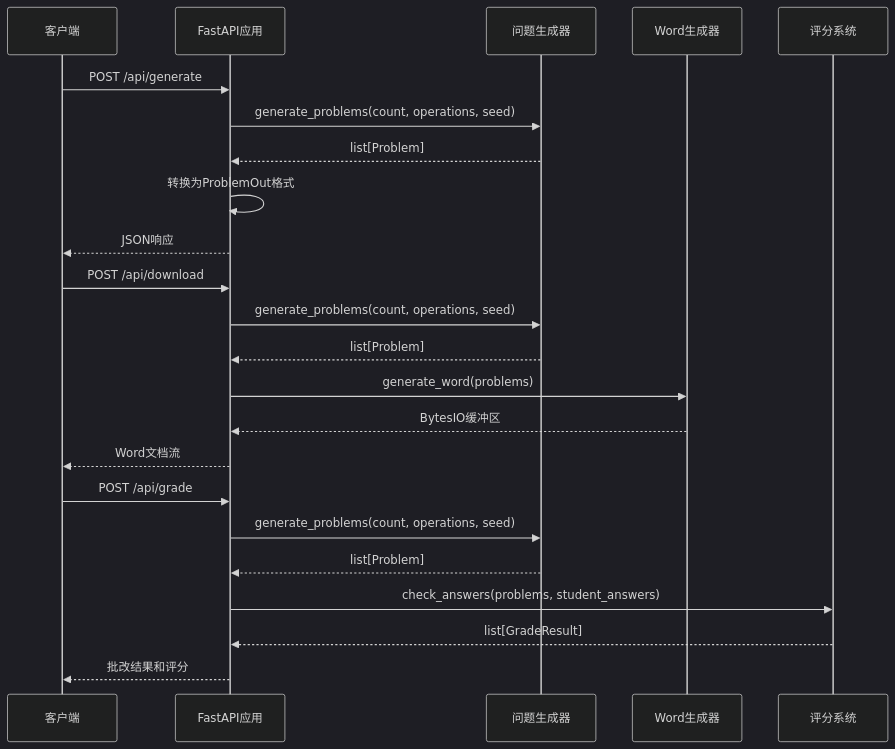
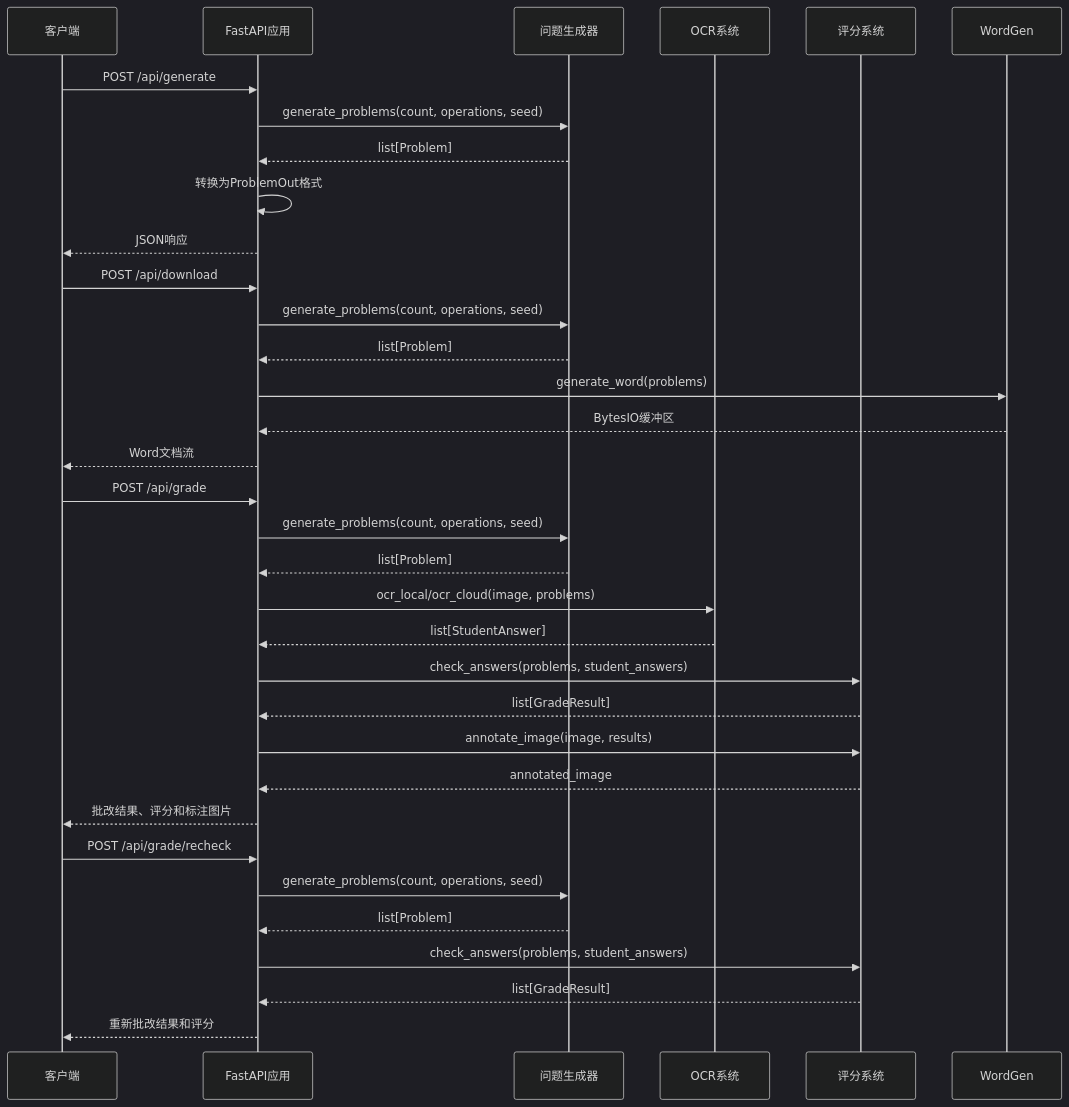
The seventh of 10 diagrams in .qoder/repowiki/zh/content/项目结构/核心生成器.md (SimonWHL/math-learning), drawn with Mermaid (dark theme) before and after one commit. The commit also changed other lines of this file and 4 other files, not shown here.

Commit message:
fix: resolve 405 Method Not Allowed on POST /api/grade - replace StaticFiles mount with GET-only SPA fallback

````diff
--- a/.qoder/repowiki/zh/content/项目结构/核心生成器.md
+++ b/.qoder/repowiki/zh/content/项目结构/核心生成器.md
@@ -256,25 +326,35 @@
 ```mermaid
 sequenceDiagram
 participant Client as 客户端
 participant API as FastAPI应用
 participant Generator as 问题生成器
-participant WordGen as Word生成器
+participant OCR as OCR系统
 participant Checker as 评分系统
 Client->>API : POST /api/generate
 API->>Generator : generate_problems(count, operations, seed)
 Generator-->>API : list[Problem]
 API->>API : 转换为ProblemOut格式
 API-->>Client : JSON响应
 Client->>API : POST /api/download
 API->>Generator : generate_problems(count, operations, seed)
 Generator-->>API : list[Problem]
 API->>WordGen : generate_word(problems)
 WordGen-->>API : BytesIO缓冲区
 API-->>Client : Word文档流
 Client->>API : POST /api/grade
 API->>Generator : generate_problems(count, operations, seed)
 Generator-->>API : list[Problem]
+API->>OCR : ocr_local/ocr_cloud(image, problems)
+OCR-->>API : list[StudentAnswer]
 API->>Checker : check_answers(problems, student_answers)
 Checker-->>API : list[GradeResult]
-API-->>Client : 批改结果和评分
+API->>Checker : annotate_image(image, results)
+Checker-->>API : annotated_image
+API-->>Client : 批改结果、评分和标注图片
+Client->>API : POST /api/grade/recheck
+API->>Generator : generate_problems(count, operations, seed)
+Generator-->>API : list[Problem]
+API->>Checker : check_answers(problems, student_answers)
+Checker-->>API : list[GradeResult]
+API-->>Client : 重新批改结果和评分
 ```
````
